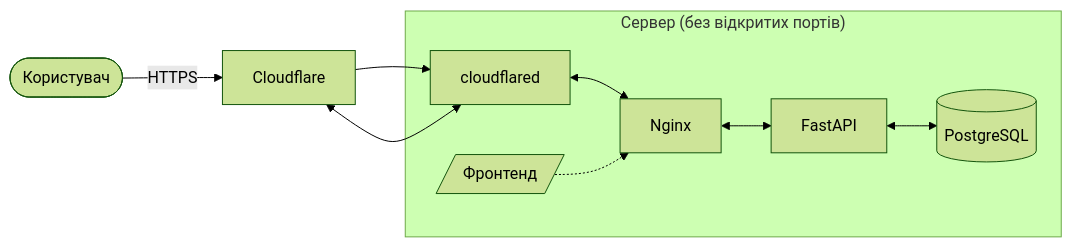
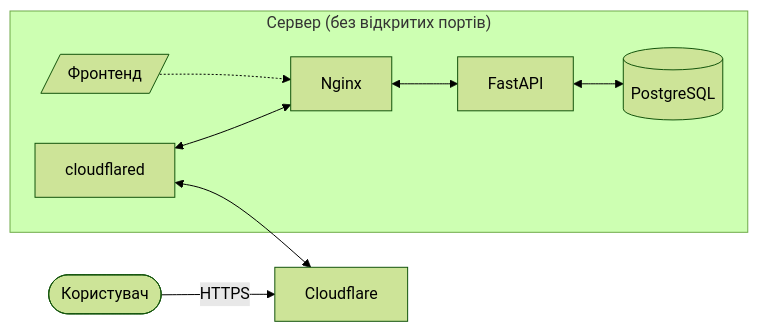
Before and after one commit to notdevelopers-dev/diytut: the diagram in README.md, drawn with Mermaid (forest theme). The commit also changed other lines of this file and 2 other files, not shown here.

````diff
--- a/README.md
+++ b/README.md
@@ -57,14 +20,13 @@
 ```mermaid
 flowchart LR
     user(["Користувач"]) -->|HTTPS| cf["Cloudflare"]
 
     subgraph server["Сервер (без відкритих портів)"]
         cloudflared["cloudflared"] <--> nginx["Nginx"]
         nginx <--> api["FastAPI"]
         api <--> db[("PostgreSQL")]
         front[/"Фронтенд"/] -.-> nginx
     end
 
     cloudflared <--> cf
-    cf --> cloudflared
 ```
````
